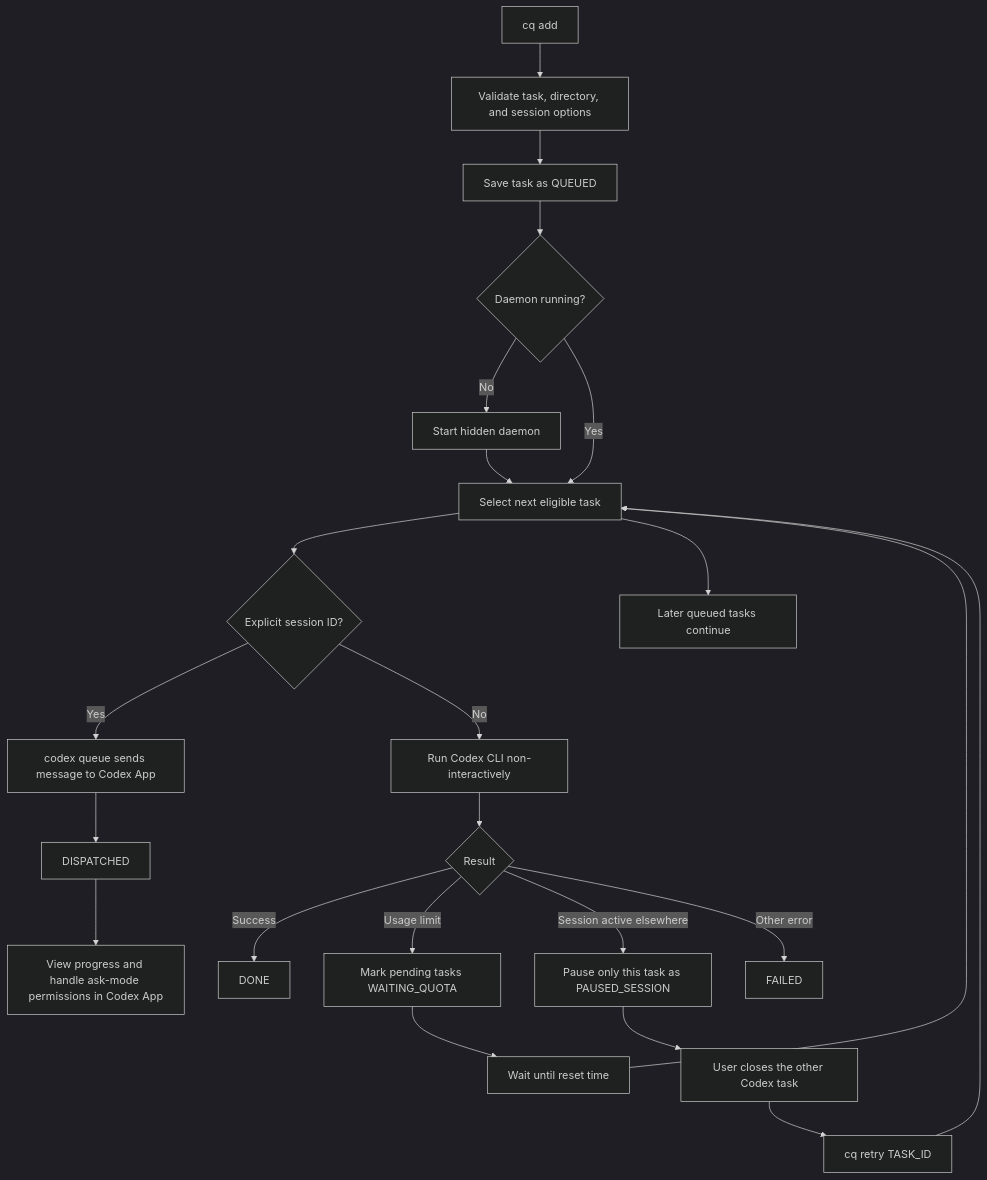
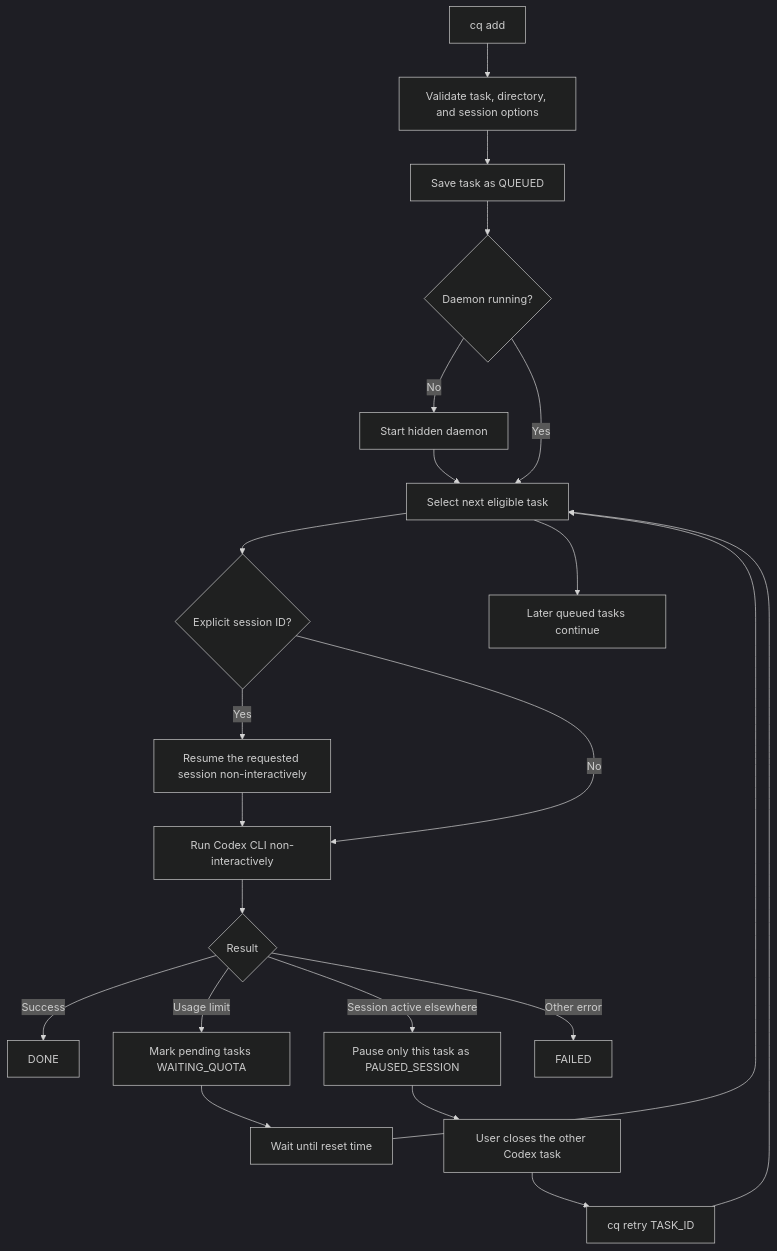
One commit to Catcher1110/codex-queue changed the diagram in README.md. Above: the diagram before and after it, drawn with Mermaid (dark theme). The commit also changed other lines of this file and 2 other files, not shown here.

````diff
--- a/README.md
+++ b/README.md
@@ -156,25 +156,24 @@
 ```mermaid
 flowchart TD
     A[cq add] --> B[Validate task, directory, and session options]
     B --> C[Save task as QUEUED]
     C --> D{Daemon running?}
     D -- No --> E[Start hidden daemon]
     D -- Yes --> F[Select next eligible task]
     E --> F
     F --> G{Explicit session ID?}
-    G -- Yes --> R[codex queue sends message to Codex App]
-    R --> S[DISPATCHED]
-    S --> T[View progress and handle ask-mode permissions in Codex App]
+    G -- Yes --> R[Resume the requested session non-interactively]
+    R --> H
     G -- No --> H[Run Codex CLI non-interactively]
     H --> I{Result}
     I -- Success --> J[DONE]
     I -- Usage limit --> K[Mark pending tasks WAITING_QUOTA]
     K --> L[Wait until reset time]
     L --> F
     I -- Session active elsewhere --> M[Pause only this task as PAUSED_SESSION]
     M --> N[User closes the other Codex task]
     N --> O[cq retry TASK_ID]
     O --> F
     I -- Other error --> P[FAILED]
     F --> Q[Later queued tasks continue]
 ```
````
